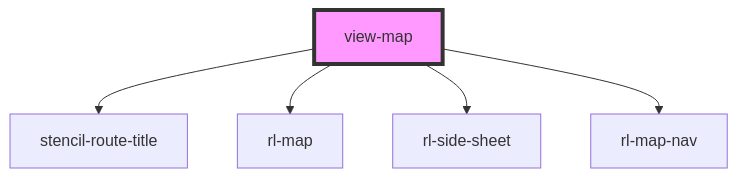
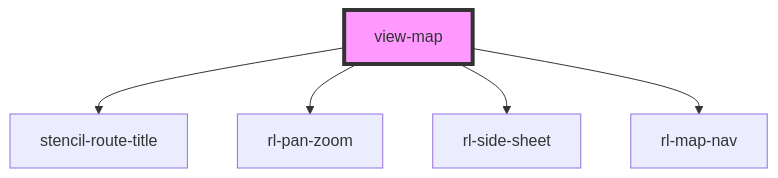
One commit to torontomulibrary/building-info-system changed the diagram in src/views/view-map/readme.md. Above: the diagram before and after it, drawn with Mermaid. The commit also changed other lines of this file and 7 other files, not shown here.

````diff
--- a/src/views/view-map/readme.md
+++ b/src/views/view-map/readme.md
@@ -34,8 +34,8 @@
 ```mermaid
 graph TD;
   view-map --> stencil-route-title
-  view-map --> rl-map
+  view-map --> rl-pan-zoom
   view-map --> rl-side-sheet
   view-map --> rl-map-nav
   style view-map fill:#f9f,stroke:#333,stroke-width:4px
 ```
````
